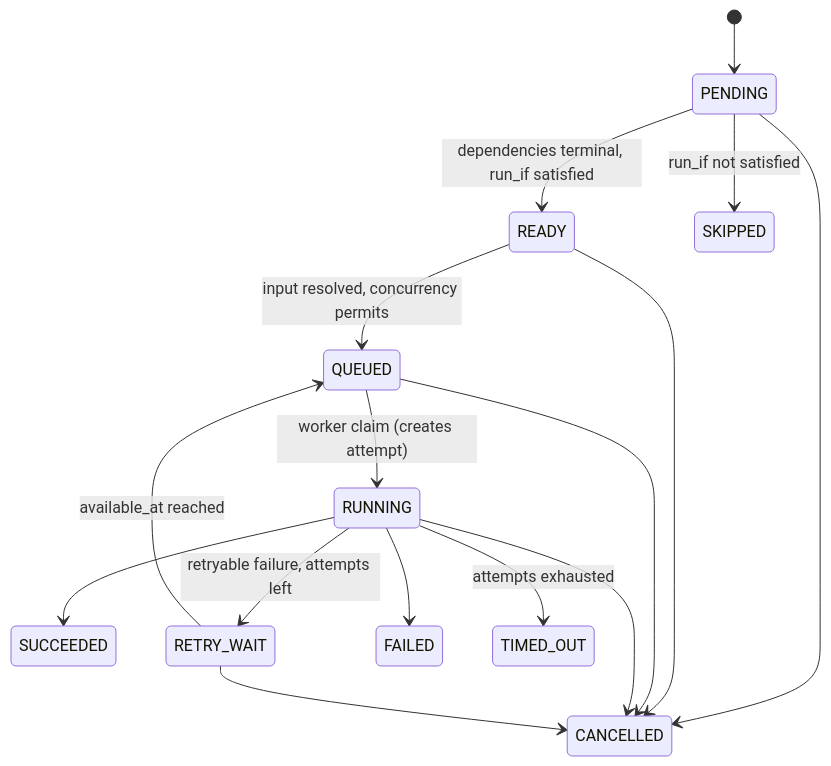
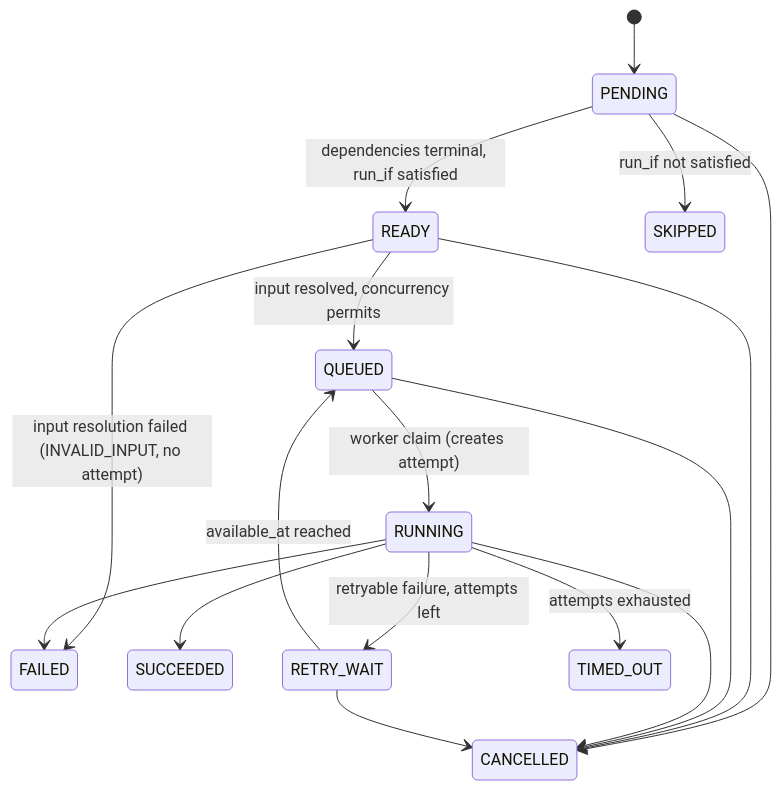
Before and after one commit to daishakpatel/FlowForge: the first of 3 diagrams in docs/architecture/workflow-semantics.md, drawn with Mermaid. The commit also changed 42 other files, not shown here.

````diff
--- a/docs/architecture/workflow-semantics.md
+++ b/docs/architecture/workflow-semantics.md
@@ -61,18 +61,19 @@
 ```mermaid
 stateDiagram-v2
   [*] --> PENDING
   PENDING --> READY: dependencies terminal, run_if satisfied
   PENDING --> SKIPPED: run_if not satisfied
   READY --> QUEUED: input resolved, concurrency permits
+  READY --> FAILED: input resolution failed (INVALID_INPUT, no attempt)
   QUEUED --> RUNNING: worker claim (creates attempt)
   RUNNING --> SUCCEEDED
   RUNNING --> RETRY_WAIT: retryable failure, attempts left
   RETRY_WAIT --> QUEUED: available_at reached
   RUNNING --> FAILED
   RUNNING --> TIMED_OUT: attempts exhausted
   PENDING --> CANCELLED
   READY --> CANCELLED
   QUEUED --> CANCELLED
   RUNNING --> CANCELLED
   RETRY_WAIT --> CANCELLED
 ```
````
